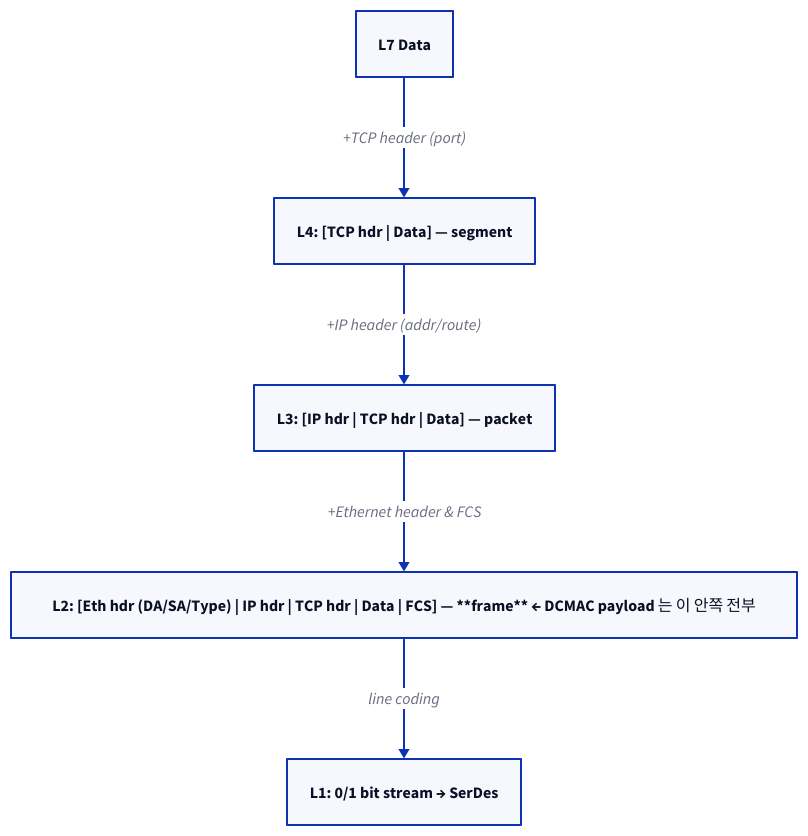
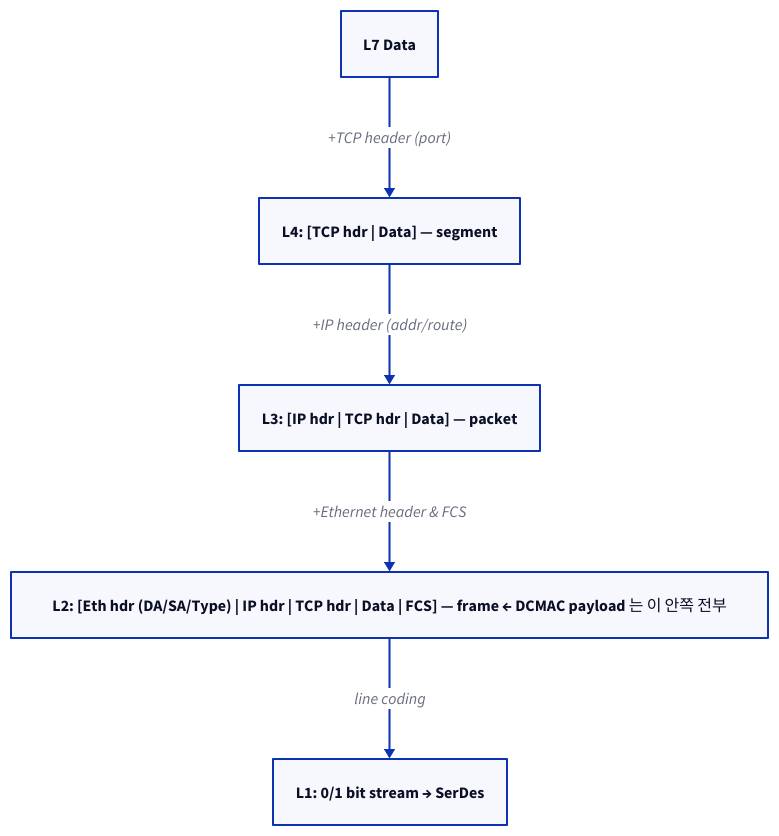
Before and after one commit to humbleowl39/DV_SKOOL: the fifth of 7 diagrams in starlight_site/src/content/docs/ethernet_dcmac/01_ethernet_fundamentals.md, drawn with D2. The commit also changed other lines of this file and 714 other files, not shown here.

First line of the commit message:
fix(site): d2 다이어그램 가독성 결함 6종 일괄 수정

````diff
--- a/starlight_site/src/content/docs/ethernet_dcmac/01_ethernet_fundamentals.md
+++ b/starlight_site/src/content/docs/ethernet_dcmac/01_ethernet_fundamentals.md
@@ -218,13 +218,13 @@
 ```d2
 direction: down
 
 A: "L7 Data" 
 B: "L4: [TCP hdr | Data]  — segment"
 C: "L3: [IP hdr | TCP hdr | Data]  — packet"
-D: "L2: [Eth hdr (DA/SA/Type) | IP hdr | TCP hdr | Data | FCS]  — **frame**  ← DCMAC payload 는 이 안쪽 전부"
+D: "L2: [Eth hdr (DA/SA/Type) | IP hdr | TCP hdr | Data | FCS]  — frame  ← DCMAC payload 는 이 안쪽 전부"
 E: "L1: 0/1 bit stream → SerDes"
 A -> B: "+TCP header (port)"
 B -> C: "+IP header (addr/route)"
 C -> D: "+Ethernet header & FCS"
 D -> E: "line coding"
 ```
````
